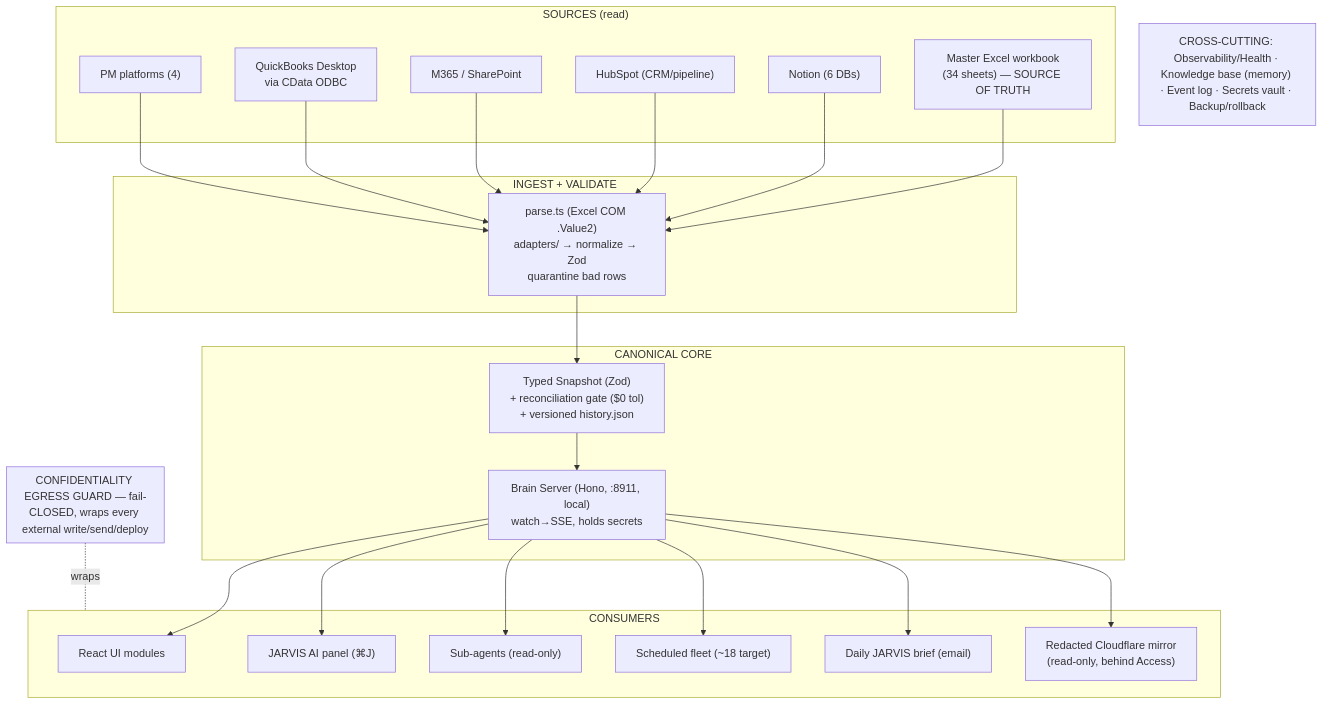
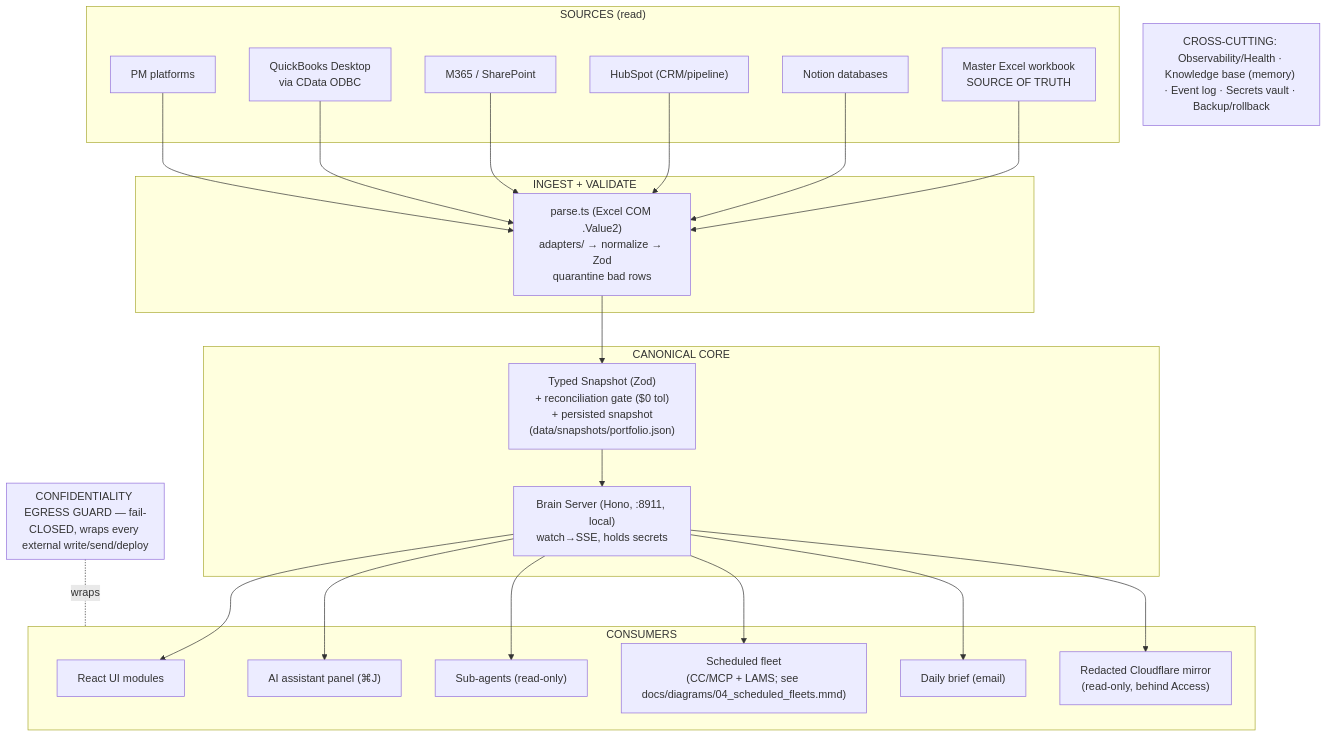
Before and after one commit to ZeOoba/ora-claude-config: the diagram in projects/C--Users-Owner-OneDrive---Oxford-Capital-Partners/memory/00_system_of_record.md, drawn with Mermaid. The commit also changed other lines of this file, not shown here.

Commit message:
docs(system-of-record): re-verify the architecture diagram and add a stamp
The diagram (authored 2026-06-03) had no diagram-verified stamp, so no freshness probe could flag it, and it carried hard-coded counts that drift or cannot be checked from a repo: 34 sheets, 6 Notion DBs, 4 PM platforms, a ~18-task fleet target (65 live task specs now). Counts removed; the stale history.json node replaced by data/snapshots/portfolio.json; the JARVIS names (not in code) replaced by the AI assistant panel and Daily brief. Topology and named components checked against ora-claude-config and oxford-command-center origin/main, and the stamp states what was and was not re-verified.

Claude-Session: https://claude.ai/code/session_01MakaWbwzd5wZ9ptAcgnk2x

````diff
--- a/projects/C--Users-Owner-OneDrive---Oxford-Capital-Partners/memory/00_system_of_record.md
+++ b/projects/C--Users-Owner-OneDrive---Oxford-Capital-Partners/memory/00_system_of_record.md
@@ -33,32 +33,32 @@
 ```mermaid
 flowchart TB
     subgraph GUARD["CONFIDENTIALITY EGRESS GUARD — fail-CLOSED, wraps every external write/send/deploy"]
     end
     subgraph SRC["SOURCES (read)"]
-        XL["Master Excel workbook<br/>(34 sheets) — SOURCE OF TRUTH"]
-        NO["Notion (6 DBs)"]
+        XL["Master Excel workbook<br/>SOURCE OF TRUTH"]
+        NO["Notion databases"]
         HS["HubSpot (CRM/pipeline)"]
         M365["M365 / SharePoint"]
         QB["QuickBooks Desktop<br/>via CData ODBC"]
-        PM["PM platforms (4)"]
+        PM["PM platforms"]
     end
     subgraph INGEST["INGEST + VALIDATE"]
         PARSE["parse.ts (Excel COM .Value2)<br/>adapters/ → normalize → Zod<br/>quarantine bad rows"]
     end
     subgraph CORE["CANONICAL CORE"]
-        SNAP["Typed Snapshot (Zod)<br/>+ reconciliation gate ($0 tol)<br/>+ versioned history.json"]
+        SNAP["Typed Snapshot (Zod)<br/>+ reconciliation gate ($0 tol)<br/>+ persisted snapshot<br/>(data/snapshots/portfolio.json)"]
         SRV["Brain Server (Hono, :8911, local)<br/>watch→SSE, holds secrets"]
     end
     subgraph OUT["CONSUMERS"]
         UI["React UI modules"]
-        JARVIS["JARVIS AI panel (⌘J)"]
+        JARVIS["AI assistant panel (⌘J)"]
         AGENTS["Sub-agents (read-only)"]
-        FLEET["Scheduled fleet (~18 target)"]
-        BRIEF["Daily JARVIS brief (email)"]
+        FLEET["Scheduled fleet<br/>(CC/MCP + LAMS; see docs/diagrams/04_scheduled_fleets.mmd)"]
+        BRIEF["Daily brief (email)"]
         MIRROR["Redacted Cloudflare mirror<br/>(read-only, behind Access)"]
     end
     XL & NO & HS & M365 & QB & PM --> PARSE --> SNAP --> SRV
     SRV --> UI & JARVIS & AGENTS & FLEET & BRIEF & MIRROR
     GUARD -.wraps.- OUT
     XCUT["CROSS-CUTTING: Observability/Health · Knowledge base (memory) · Event log · Secrets vault · Backup/rollback"]
 ```
````
